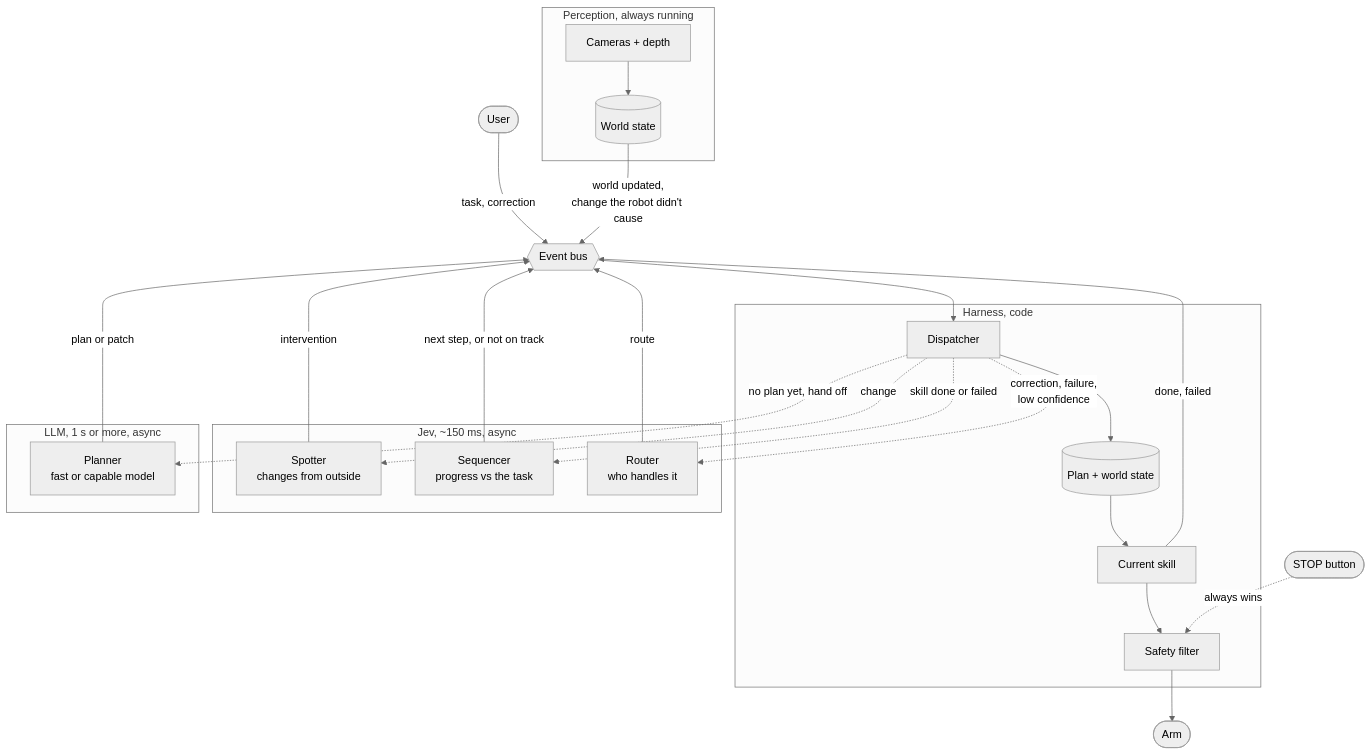
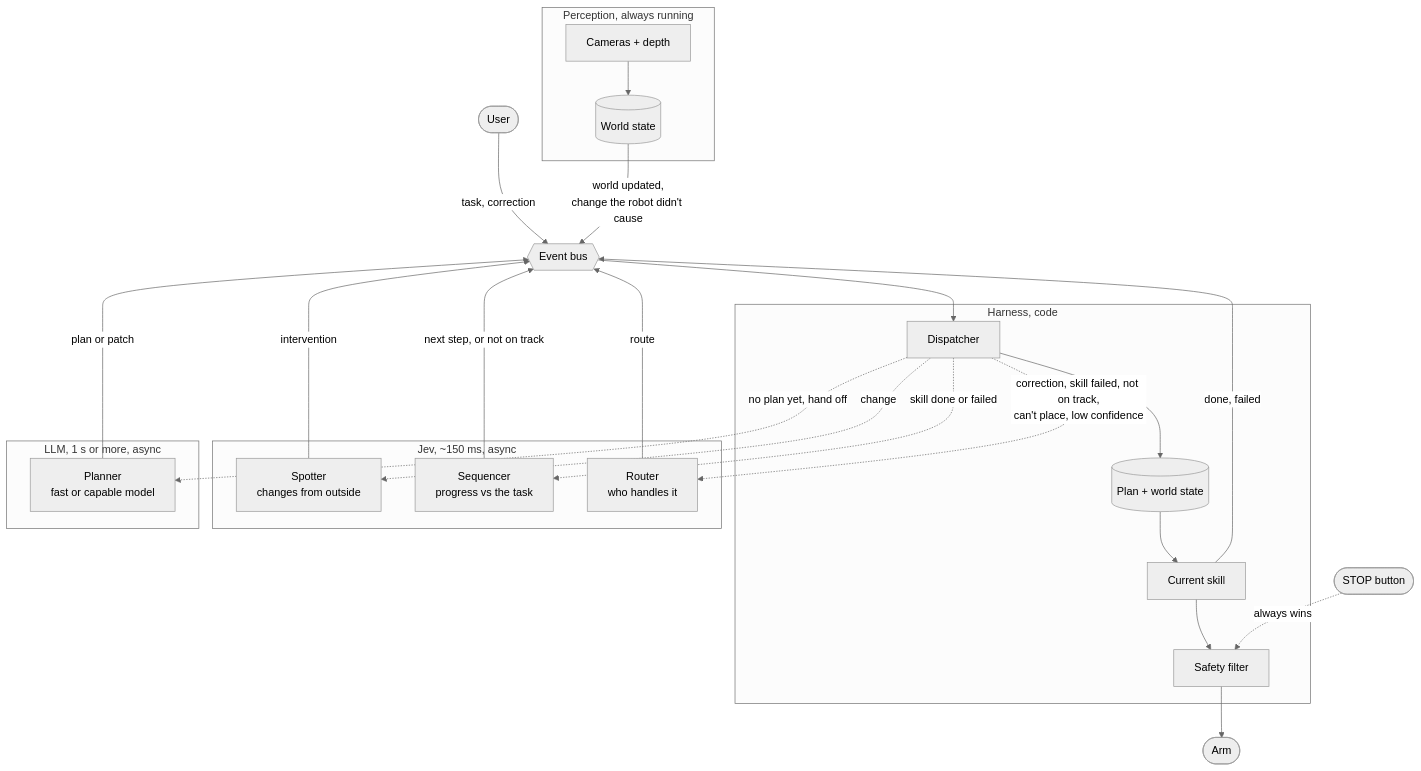
One commit to alee792/robojev changed the first of 7 diagrams in docs/v2-diagrams.md. Above: the diagram before and after it, drawn with Mermaid (neutral theme). The commit also changed other lines of this file and 1 other file, not shown here.

First line of the commit message:
v2 doc and diagrams: consistency pass (reverse-it slot fix, LLM wait wording, failures ask Sequencer and Router in one request, Router pauses rather than stops, typed stop in code, Spotter resume)

````diff
--- a/docs/v2-diagrams.md
+++ b/docs/v2-diagrams.md
@@ -10,37 +10,37 @@
 ```mermaid
 flowchart TB
     subgraph perc [Perception, always running]
         cams[Cameras + depth] --> ws[(World state)]
     end
     user([User])
     bus{{Event bus}}
     subgraph harness [Harness, code]
         disp[Dispatcher]
         state[(Plan + world state)]
         skill[Current skill]
         filter[Safety filter]
     end
     subgraph jev [Jev, ~150 ms, async]
         spotter[Spotter<br/>changes from outside]
         seq[Sequencer<br/>progress vs the task]
         router[Router<br/>who handles it]
     end
     subgraph llm [LLM, 1 s or more, async]
         planner[Planner<br/>fast or capable model]
     end
 
     user -- "task, correction" --> bus
     ws -- "world updated,<br/>change the robot didn't cause" --> bus
     skill -- "done, failed" --> bus
     bus --> disp
     disp -. "change" .-> spotter
     disp -. "skill done or failed" .-> seq
-    disp -. "correction, failure,<br/>low confidence" .-> router
+    disp -. "correction, skill failed, not on track,<br/>can't place, low confidence" .-> router
     disp -. "no plan yet, hand off" .-> planner
     spotter -- "intervention" --> bus
     seq -- "next step, or not on track" --> bus
     router -- "route" --> bus
     planner -- "plan or patch" --> bus
     disp --> state --> skill --> filter --> arm([Arm])
     stop([STOP button]) -. "always wins" .-> filter
 ```
````
